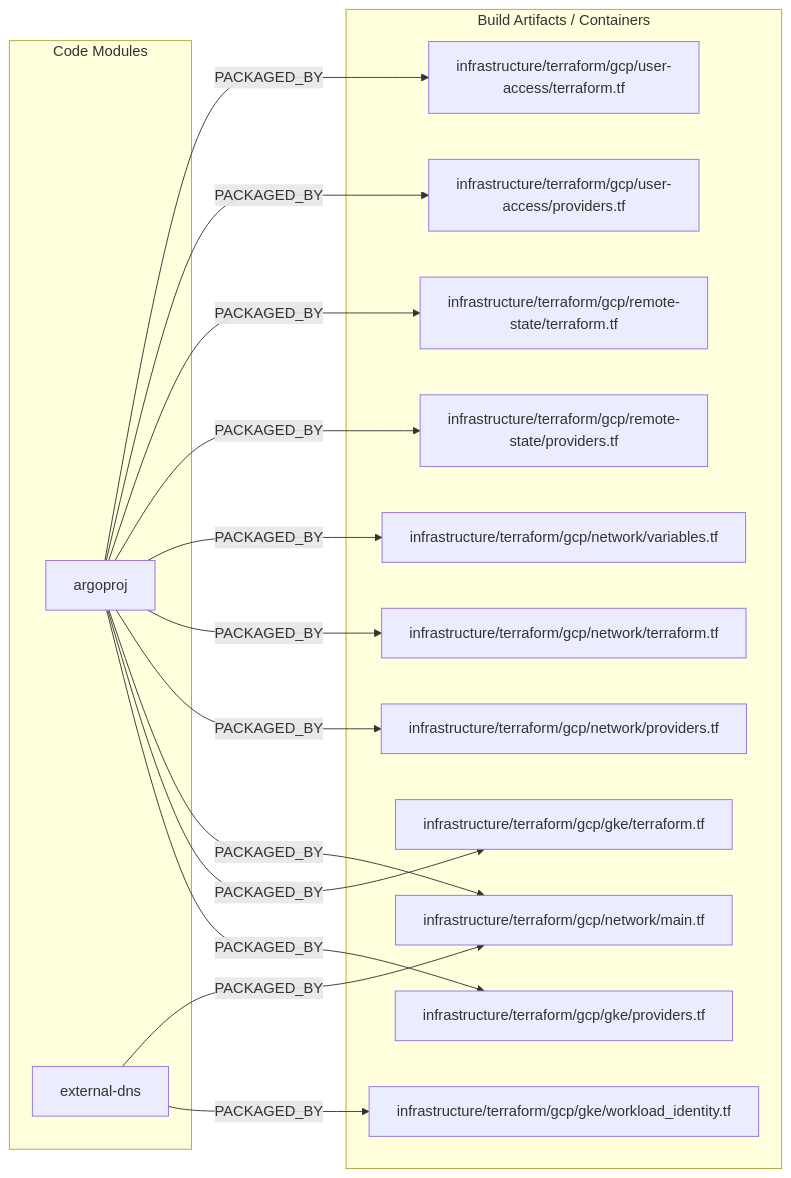
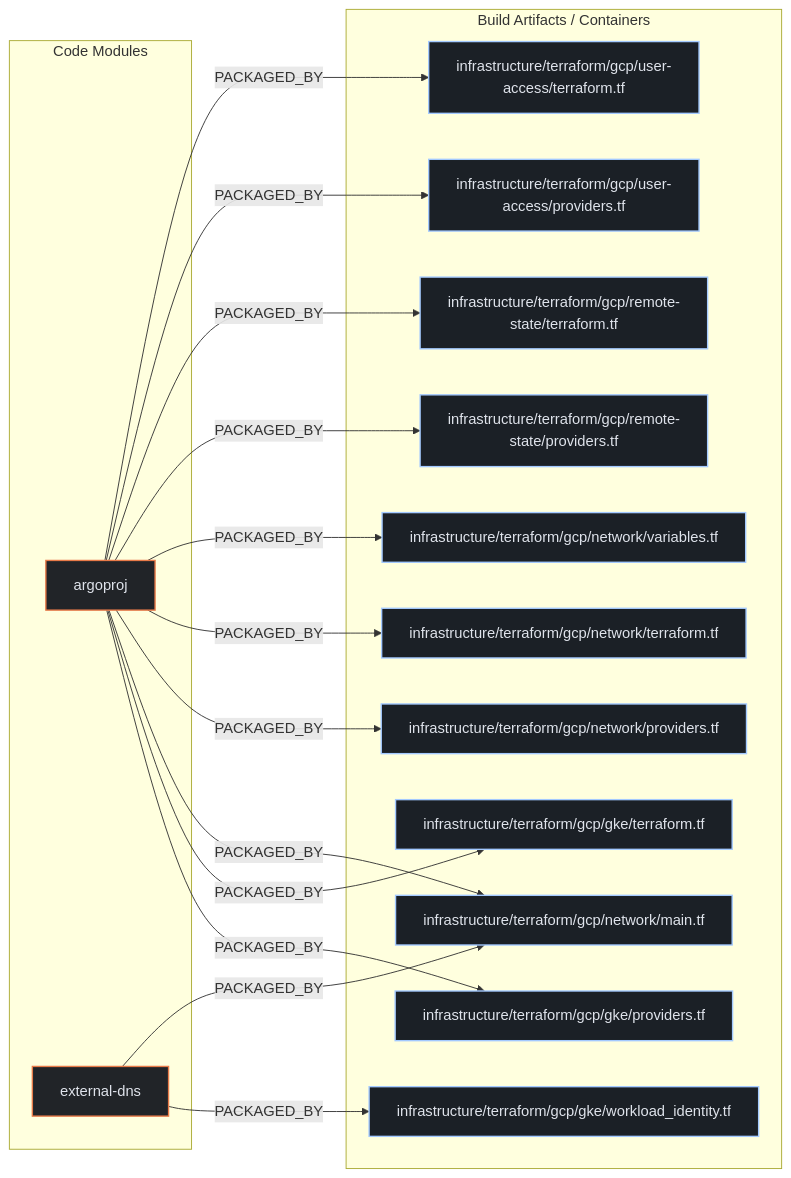
The second of 3 diagrams in exports/latest/reports/argoproj-argoproj-deployments-report.md (kumarshaz/atruss-code-atlas), drawn with Mermaid before and after one commit. The commit also changed other lines of this file and 331 other files, not shown here.

Commit message:
docs,ui,fix: update SDLC docs, reorder CI/CD DAG first, stylize Mermaid, and fix Arc42 pipeline topology

````diff
--- a/exports/latest/reports/argoproj-argoproj-deployments-report.md
+++ b/exports/latest/reports/argoproj-argoproj-deployments-report.md
@@ -169,32 +176,36 @@
 ```mermaid
 flowchart LR
+    classDef atlasCategory fill:#212428,stroke:#E87A48,stroke-width:1.5px,color:#dfe3eb
+    classDef atlasWorkflow fill:#1b2026,stroke:#a3c9ff,stroke-width:1.5px,color:#dfe3eb
+    classDef atlasJob fill:#171c22,stroke:#8d9199,stroke-width:1px,color:#dfe3eb
+    classDef atlasTarget fill:#005227,stroke:#8bd99b,stroke-width:1.5px,color:#a7f6b6
     subgraph code_modules["Code Modules"]
-        mod_argoproj["argoproj"]
-        mod_external_dns["external-dns"]
+        mod_argoproj["argoproj"]:::atlasCategory
+        mod_external_dns["external-dns"]:::atlasCategory
     end
     subgraph build_artifacts["Build Artifacts / Containers"]
-        art_infrastructure_terraform_gcp_gke_providers_tf["infrastructure/terraform/gcp/gke/providers.tf"]
-        art_infrastructure_terraform_gcp_gke_terraform_tf["infrastructure/terraform/gcp/gke/terraform.tf"]
-        art_infrastructure_terraform_gcp_gke_workload_identity_tf["infrastructure/terraform/gcp/gke/workload_identity.tf"]
-        art_infrastructure_terraform_gcp_network_main_tf["infrastructure/terraform/gcp/network/main.tf"]
-        art_infrastructure_terraform_gcp_network_providers_tf["infrastructure/terraform/gcp/network/providers.tf"]
-        art_infrastructure_terraform_gcp_network_terraform_tf["infrastructure/terraform/gcp/network/terraform.tf"]
-        art_infrastructure_terraform_gcp_network_variables_tf["infrastructure/terraform/gcp/network/variables.tf"]
-        art_infrastructure_terraform_gcp_remote_state_providers_tf["infrastructure/terraform/gcp/remote-state/providers.tf"]
-        art_infrastructure_terraform_gcp_remote_state_terraform_tf["infrastructure/terraform/gcp/remote-state/terraform.tf"]
-        art_infrastructure_terraform_gcp_user_access_providers_tf["infrastructure/terraform/gcp/user-access/providers.tf"]
-        art_infrastructure_terraform_gcp_user_access_terraform_tf["infrastructure/terraform/gcp/user-access/terraform.tf"]
+        art_infrastructure_terraform_gcp_gke_providers_tf["infrastructure/terraform/gcp/gke/providers.tf"]:::atlasWorkflow
+        art_infrastructure_terraform_gcp_gke_terraform_tf["infrastructure/terraform/gcp/gke/terraform.tf"]:::atlasWorkflow
+        art_infrastructure_terraform_gcp_gke_workload_identity_tf["infrastructure/terraform/gcp/gke/workload_identity.tf"]:::atlasWorkflow
+        art_infrastructure_terraform_gcp_network_main_tf["infrastructure/terraform/gcp/network/main.tf"]:::atlasWorkflow
+        art_infrastructure_terraform_gcp_network_providers_tf["infrastructure/terraform/gcp/network/providers.tf"]:::atlasWorkflow
+        art_infrastructure_terraform_gcp_network_terraform_tf["infrastructure/terraform/gcp/network/terraform.tf"]:::atlasWorkflow
+        art_infrastructure_terraform_gcp_network_variables_tf["infrastructure/terraform/gcp/network/variables.tf"]:::atlasWorkflow
+        art_infrastructure_terraform_gcp_remote_state_providers_tf["infrastructure/terraform/gcp/remote-state/providers.tf"]:::atlasWorkflow
+        art_infrastructure_terraform_gcp_remote_state_terraform_tf["infrastructure/terraform/gcp/remote-state/terraform.tf"]:::atlasWorkflow
+        art_infrastructure_terraform_gcp_user_access_providers_tf["infrastructure/terraform/gcp/user-access/providers.tf"]:::atlasWorkflow
+        art_infrastructure_terraform_gcp_user_access_terraform_tf["infrastructure/terraform/gcp/user-access/terraform.tf"]:::atlasWorkflow
     end
     mod_argoproj -->|PACKAGED_BY| art_infrastructure_terraform_gcp_gke_providers_tf
     mod_argoproj -->|PACKAGED_BY| art_infrastructure_terraform_gcp_gke_terraform_tf
     mod_argoproj -->|PACKAGED_BY| art_infrastructure_terraform_gcp_network_main_tf
     mod_argoproj -->|PACKAGED_BY| art_infrastructure_terraform_gcp_network_providers_tf
     mod_argoproj -->|PACKAGED_BY| art_infrastructure_terraform_gcp_network_terraform_tf
     mod_argoproj -->|PACKAGED_BY| art_infrastructure_terraform_gcp_network_variables_tf
     mod_argoproj -->|PACKAGED_BY| art_infrastructure_terraform_gcp_remote_state_providers_tf
     mod_argoproj -->|PACKAGED_BY| art_infrastructure_terraform_gcp_remote_state_terraform_tf
     mod_argoproj -->|PACKAGED_BY| art_infrastructure_terraform_gcp_user_access_providers_tf
     mod_argoproj -->|PACKAGED_BY| art_infrastructure_terraform_gcp_user_access_terraform_tf
     mod_external_dns -->|PACKAGED_BY| art_infrastructure_terraform_gcp_gke_workload_identity_tf
     mod_external_dns -->|PACKAGED_BY| art_infrastructure_terraform_gcp_network_main_tf
 ```
````
